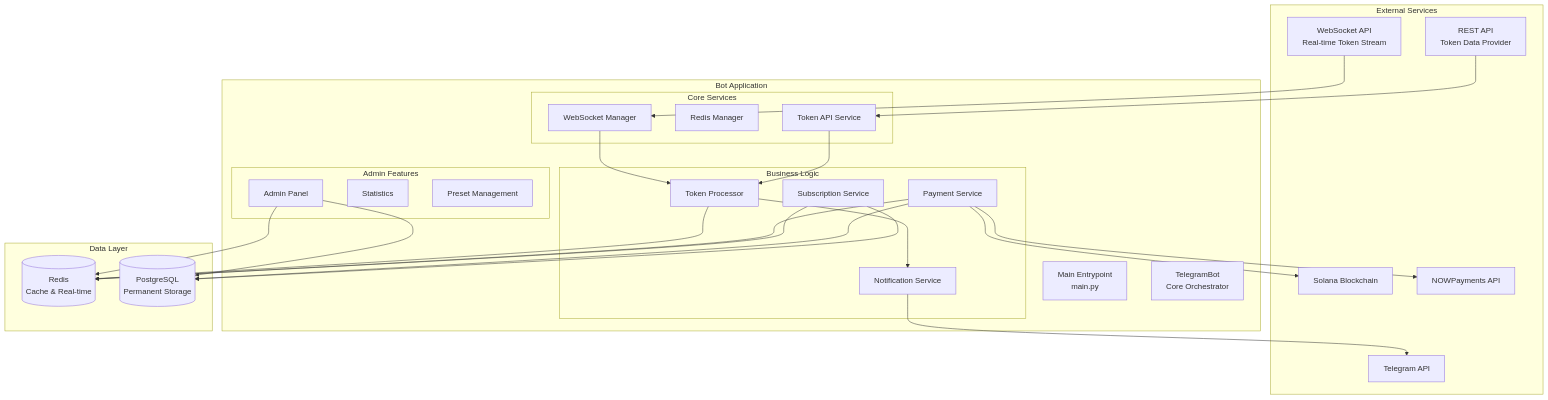
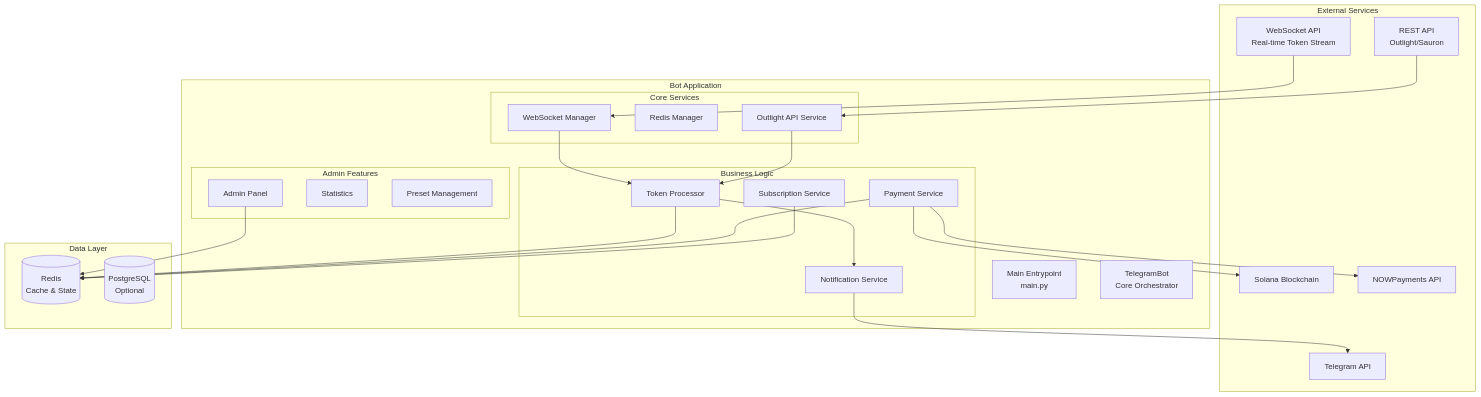
One commit to paradoxlabdev/crypto-trading-bot-portfolio changed the first of 3 diagrams in README.md. Above: the diagram before and after it, drawn with Mermaid. The commit also changed other lines of this file, not shown here.

````diff
--- a/README.md
+++ b/README.md
@@ -41,55 +32,52 @@
 ```mermaid
 graph TB
     subgraph "External Services"
         WS[WebSocket API<br/>Real-time Token Stream]
-        API[REST API<br/>Token Data Provider]
+        API[REST API<br/>Outlight/Sauron]
         TG[Telegram API]
         SOL[Solana Blockchain]
         NP[NOWPayments API]
     end
     
     subgraph "Bot Application"
         MAIN[Main Entrypoint<br/>main.py]
         BOT[TelegramBot<br/>Core Orchestrator]
         
         subgraph "Core Services"
             WS_MGR[WebSocket Manager]
             REDIS_MGR[Redis Manager]
-            API_SVC[Token API Service]
+            API_SVC[Outlight API Service]
         end
         
         subgraph "Business Logic"
             TOKEN_PROC[Token Processor]
             NOTIF[Notification Service]
             PAY[Payment Service]
             SUB[Subscription Service]
         end
         
         subgraph "Admin Features"
             ADMIN[Admin Panel]
             STATS[Statistics]
             PRESETS[Preset Management]
         end
     end
     
     subgraph "Data Layer"
-        REDIS[(Redis<br/>Cache & Real-time)]
-        PG[(PostgreSQL<br/>Permanent Storage)]
+        REDIS[(Redis<br/>Cache & State)]
+        PG[(PostgreSQL<br/>Optional)]
     end
     
     WS --> WS_MGR
     API --> API_SVC
     WS_MGR --> TOKEN_PROC
     API_SVC --> TOKEN_PROC
     TOKEN_PROC --> NOTIF
     NOTIF --> TG
     PAY --> SOL
     PAY --> NP
     TOKEN_PROC --> REDIS
     PAY --> REDIS
-    PAY --> PG
     SUB --> REDIS
-    SUB --> PG
     ADMIN --> REDIS
-    ADMIN --> PG
 ```
````
